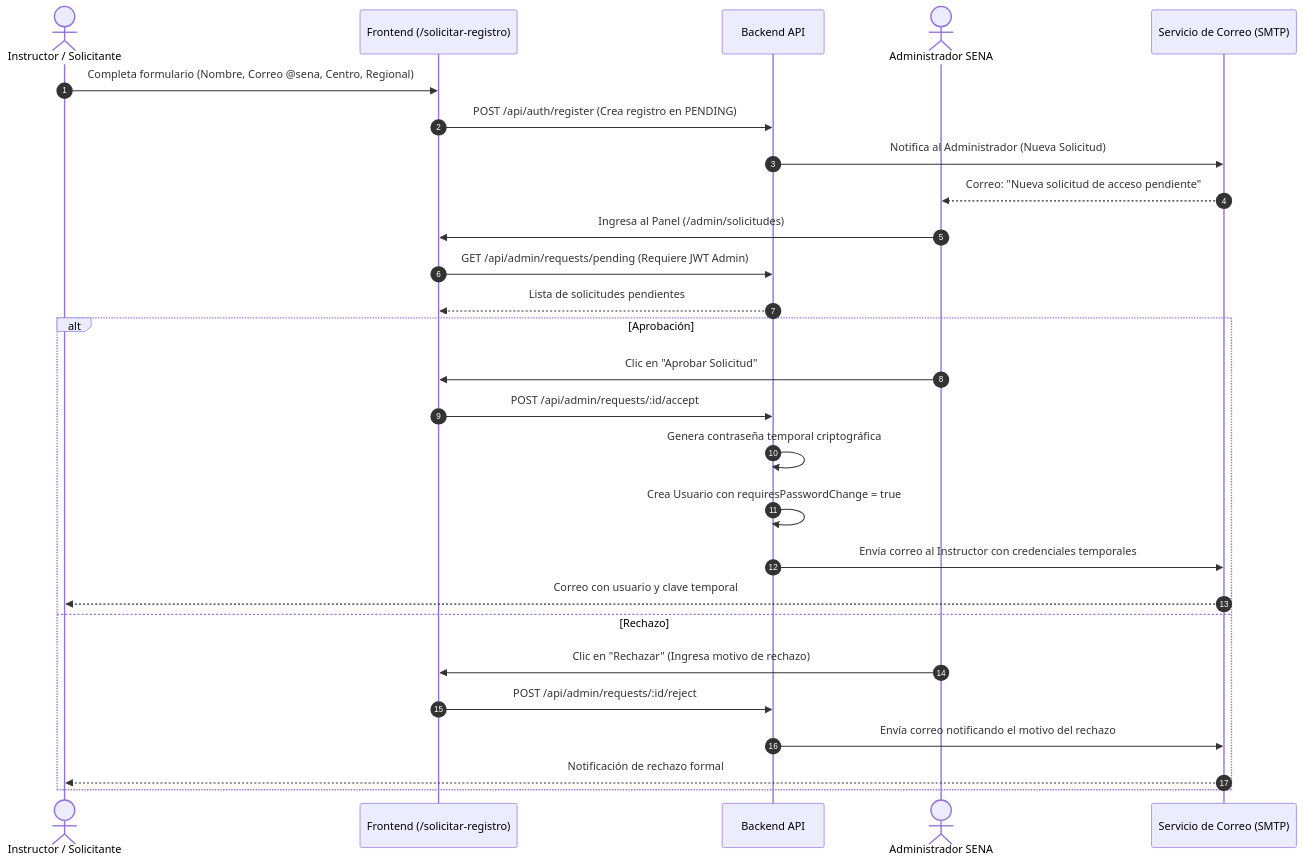
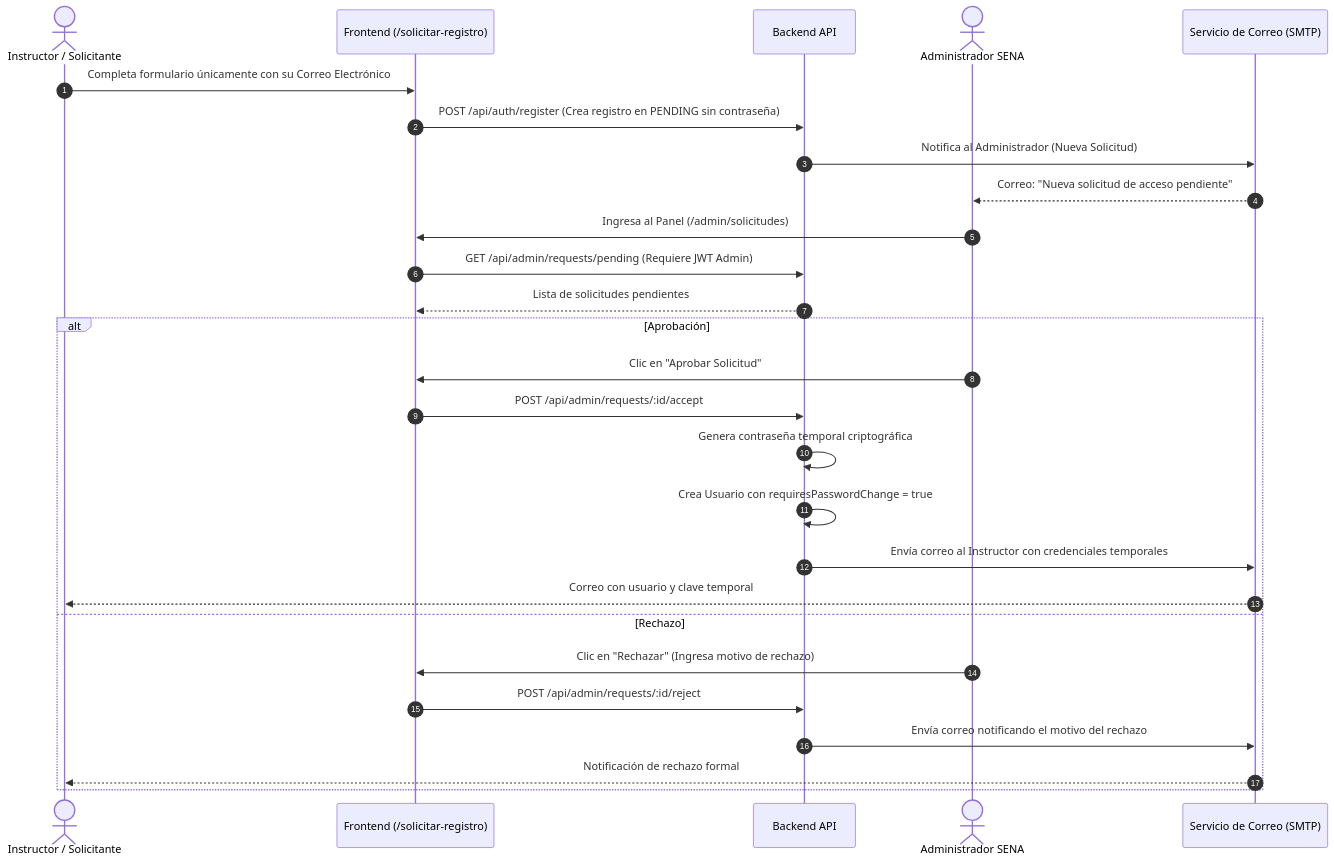
The diagram in Docs/modulos/09_administracion_solicitudes.md (DF-VeraP/ocr), drawn with Mermaid before and after one commit. The commit also changed 17 other files, not shown here.

Commit message:
feat: limpieza de inputs, depuración de lotes fallidos en BD, flujo de registro simplificado y transformación móvil completa

````diff
--- a/Docs/modulos/09_administracion_solicitudes.md
+++ b/Docs/modulos/09_administracion_solicitudes.md
@@ -20,32 +20,32 @@
 ```mermaid
 sequenceDiagram
     autonumber
     actor Instructor as Instructor / Solicitante
     participant Front as Frontend (/solicitar-registro)
     participant API as Backend API
     actor Admin as Administrador SENA
     participant Mail as Servicio de Correo (SMTP)
 
-    Instructor->>Front: Completa formulario (Nombre, Correo @sena, Centro, Regional)
-    Front->>API: POST /api/auth/register (Crea registro en PENDING)
+    Instructor->>Front: Completa formulario únicamente con su Correo Electrónico
+    Front->>API: POST /api/auth/register (Crea registro en PENDING sin contraseña)
     API->>Mail: Notifica al Administrador (Nueva Solicitud)
     Mail-->>Admin: Correo: "Nueva solicitud de acceso pendiente"
     
     Admin->>Front: Ingresa al Panel (/admin/solicitudes)
     Front->>API: GET /api/admin/requests/pending (Requiere JWT Admin)
     API-->>Front: Lista de solicitudes pendientes
     
     alt Aprobación
         Admin->>Front: Clic en "Aprobar Solicitud"
         Front->>API: POST /api/admin/requests/:id/accept
         API->>API: Genera contraseña temporal criptográfica
         API->>API: Crea Usuario con requiresPasswordChange = true
         API->>Mail: Envía correo al Instructor con credenciales temporales
         Mail-->>Instructor: Correo con usuario y clave temporal
     else Rechazo
         Admin->>Front: Clic en "Rechazar" (Ingresa motivo de rechazo)
         Front->>API: POST /api/admin/requests/:id/reject
         API->>Mail: Envía correo notificando el motivo del rechazo
         Mail-->>Instructor: Notificación de rechazo formal
     end
 ```
````
